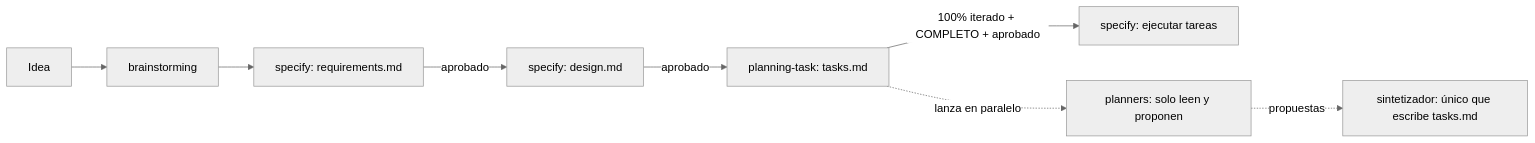
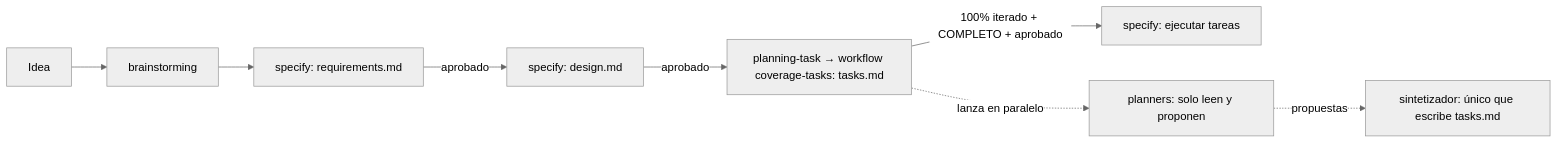
One commit to cesarcalle/LAB10 changed the diagram in CLAUDE.md. Above: the diagram before and after it, drawn with Mermaid (neutral theme). The commit also changed other lines of this file and 7 other files, not shown here.

First line of the commit message:
Simplificar planning-task: explica el proceso, asegura la entrada y lanza el workflow coverage-tasks

````diff
--- a/CLAUDE.md
+++ b/CLAUDE.md
@@ -13,10 +13,10 @@
 ```mermaid
 flowchart LR
     A[Idea] --> B[brainstorming]
     B --> C[specify: requirements.md]
     C -->|aprobado| D[specify: design.md]
-    D -->|aprobado| E[planning-task: tasks.md]
+    D -->|aprobado| E[planning-task → workflow coverage-tasks: tasks.md]
     E -->|100% iterado + COMPLETO + aprobado| F[specify: ejecutar tareas]
     E -. lanza en paralelo .-> P[planners: solo leen y proponen]
     P -. propuestas .-> S[sintetizador: único que escribe tasks.md]
 ```
````
